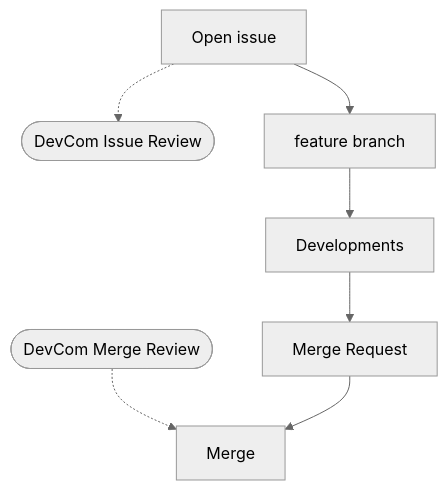
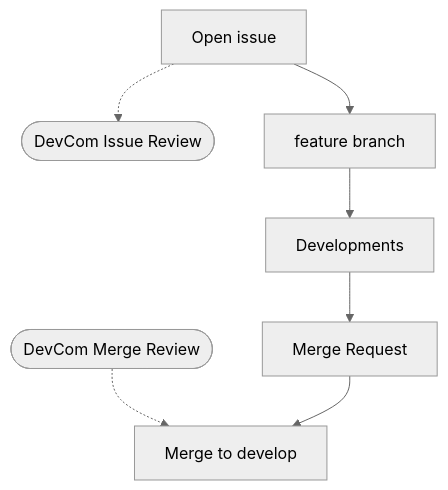
Before and after one commit to Claire-Eleutheriane/ThermoSysPro: the third of 3 diagrams in ContributionsWorkflow.md, drawn with Mermaid (neutral theme). The commit also changed other lines of this file, not shown here.

````diff
--- a/ContributionsWorkflow.md
+++ b/ContributionsWorkflow.md
@@ -110,11 +106,11 @@
 ```mermaid
 flowchart
 issue[Open issue] -.-> DC1([DevCom Issue Review])
 DC2([DevCom Merge Review])
 issue --> branch[feature branch]
 branch --> Developments
 Developments --> mergeR[Merge Request]
-DC2 -.-> Merge
+DC2 -.-> Merge[Merge to develop]
 mergeR --> Merge 
 
 ```
````
